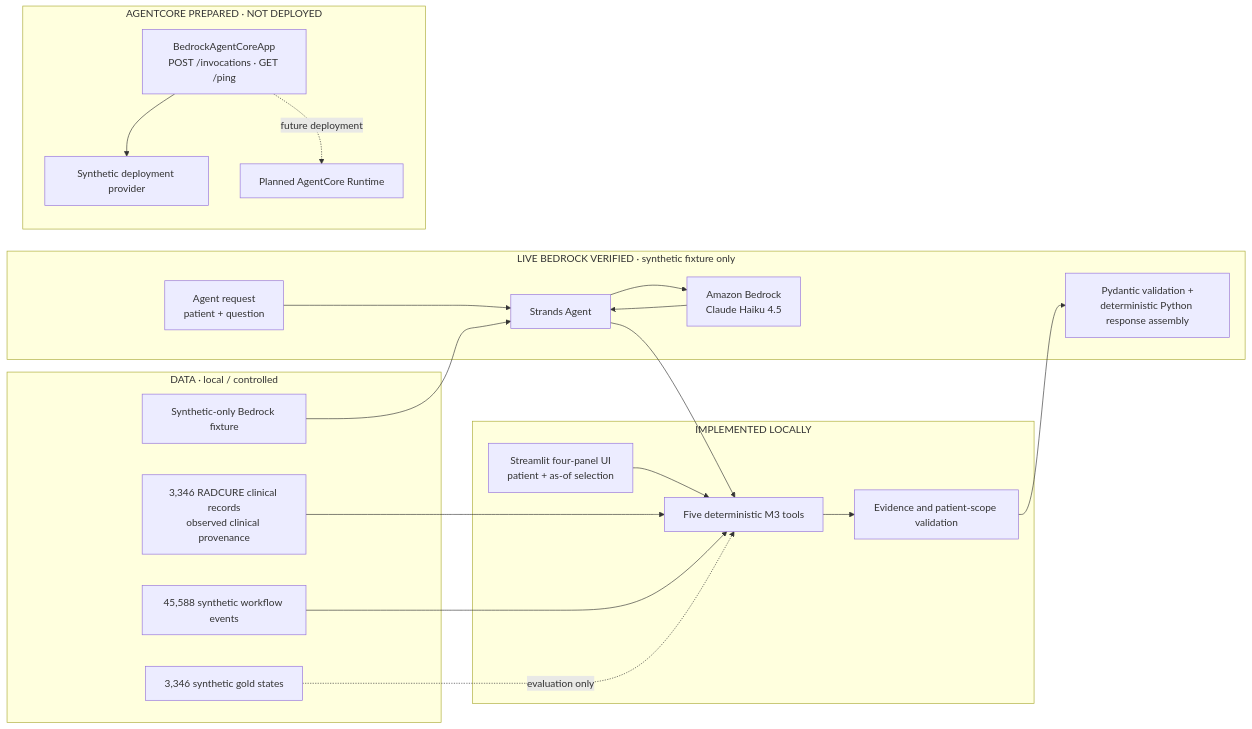
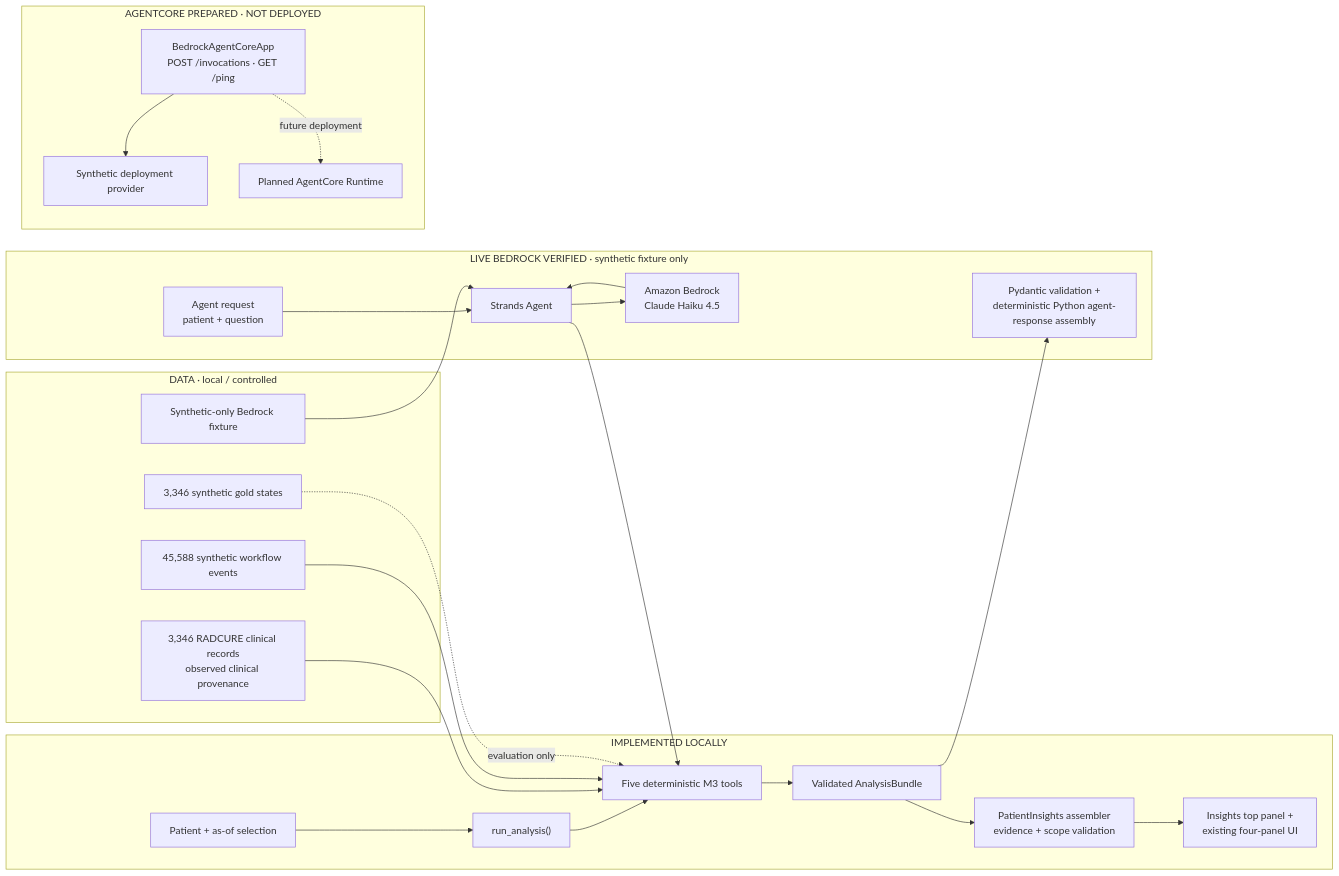
One commit to vis6060/radonc-workflow-intelligence changed the diagram in architecture/PORTFOLIO_ARCHITECTURE.md. Above: the diagram before and after it, drawn with Mermaid. The commit also changed other lines of this file and 12 other files, not shown here.

Commit message:
feat: add evidence-grounded radiation oncology patient insights

````diff
--- a/architecture/PORTFOLIO_ARCHITECTURE.md
+++ b/architecture/PORTFOLIO_ARCHITECTURE.md
@@ -3,37 +3,40 @@
 ```mermaid
 flowchart LR
   subgraph DATA["DATA · local / controlled"]
     C["3,346 RADCURE clinical records<br/>observed clinical provenance"]
     W["45,588 synthetic workflow events"]
     G["3,346 synthetic gold states"]
     F["Synthetic-only Bedrock fixture"]
   end
 
   subgraph LOCAL["IMPLEMENTED LOCALLY"]
-    U["Streamlit four-panel UI<br/>patient + as-of selection"]
+    U["Patient + as-of selection"]
+    X["run_analysis()"]
     T["Five deterministic M3 tools"]
-    V["Evidence and patient-scope validation"]
-    U --> T --> V
+    V["Validated AnalysisBundle"]
+    I["PatientInsights assembler<br/>evidence + scope validation"]
+    P["Insights top panel +<br/>existing four-panel UI"]
+    U --> X --> T --> V --> I --> P
   end
 
   subgraph LIVE["LIVE BEDROCK VERIFIED · synthetic fixture only"]
     Q["Agent request<br/>patient + question"] --> S["Strands Agent"]
     S --> B["Amazon Bedrock<br/>Claude Haiku 4.5"]
     B --> S
     S --> T
-    V --> P["Pydantic validation +<br/>deterministic Python response assembly"]
+    V --> A4["Pydantic validation +<br/>deterministic Python agent-response assembly"]
   end
 
   subgraph PREP["AGENTCORE PREPARED · NOT DEPLOYED"]
     A["BedrockAgentCoreApp<br/>POST /invocations · GET /ping"]
     D["Synthetic deployment provider"]
     R["Planned AgentCore Runtime"]
     A --> D
     A -. future deployment .-> R
   end
 
   C --> T
   W --> T
   G -. evaluation only .-> T
   F --> S
 ```
````
